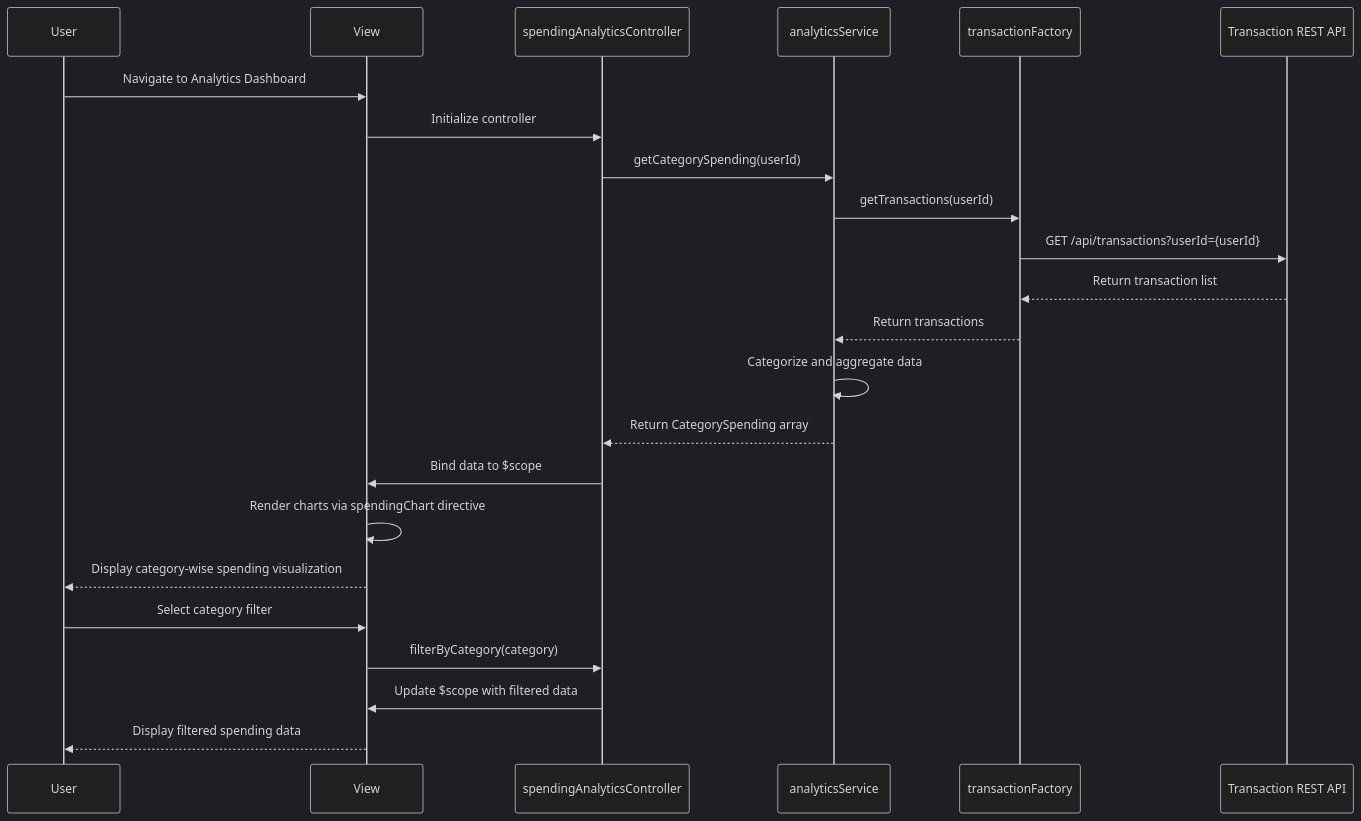
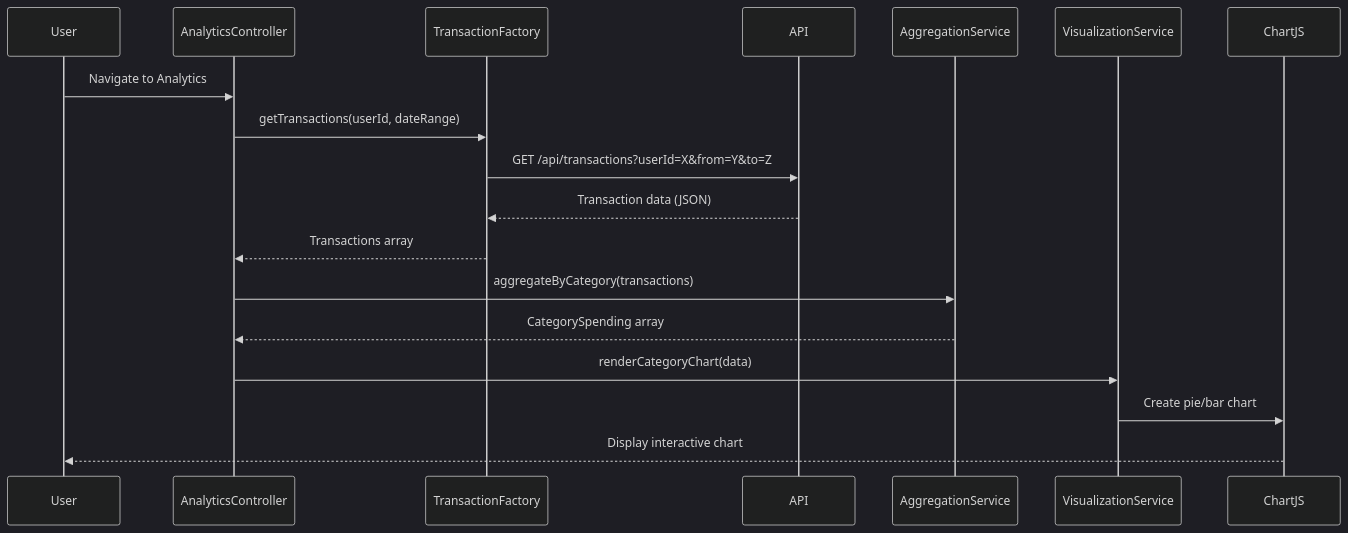
Before and after one commit to AAVA-Demo/APB_Demo: the diagram in LLD/QE-7744_LLD.md, drawn with Mermaid (dark theme). The commit also changed other lines of this file and 5 other files, not shown here.

````diff
--- a/LLD/QE-7744_LLD.md
+++ b/LLD/QE-7744_LLD.md
@@ -88,26 +80,21 @@
 ```mermaid
 sequenceDiagram
     participant User
-    participant View
-    participant Controller as spendingAnalyticsController
-    participant Service as analyticsService
-    participant Factory as transactionFactory
-    participant API as Transaction REST API
-    
-    User->>View: Navigate to Analytics Dashboard
-    View->>Controller: Initialize controller
-    Controller->>Service: getCategorySpending(userId)
-    Service->>Factory: getTransactions(userId)
-    Factory->>API: GET /api/transactions?userId={userId}
-    API-->>Factory: Return transaction list
-    Factory-->>Service: Return transactions
-    Service->>Service: Categorize and aggregate data
-    Service-->>Controller: Return CategorySpending array
-    Controller->>View: Bind data to $scope
-    View->>View: Render charts via spendingChart directive
-    View-->>User: Display category-wise spending visualization
-    User->>View: Select category filter
-    View->>Controller: filterByCategory(category)
-    Controller->>View: Update $scope with filtered data
-    View-->>User: Display filtered spending data
+    participant AnalyticsController
+    participant TransactionFactory
+    participant API
+    participant AggregationService
+    participant VisualizationService
+    participant ChartJS
+
+    User->>AnalyticsController: Navigate to Analytics
+    AnalyticsController->>TransactionFactory: getTransactions(userId, dateRange)
+    TransactionFactory->>API: GET /api/transactions?userId=X&from=Y&to=Z
+    API-->>TransactionFactory: Transaction data (JSON)
+    TransactionFactory-->>AnalyticsController: Transactions array
+    AnalyticsController->>AggregationService: aggregateByCategory(transactions)
+    AggregationService-->>AnalyticsController: CategorySpending array
+    AnalyticsController->>VisualizationService: renderCategoryChart(data)
+    VisualizationService->>ChartJS: Create pie/bar chart
+    ChartJS-->>User: Display interactive chart
 ```
````
